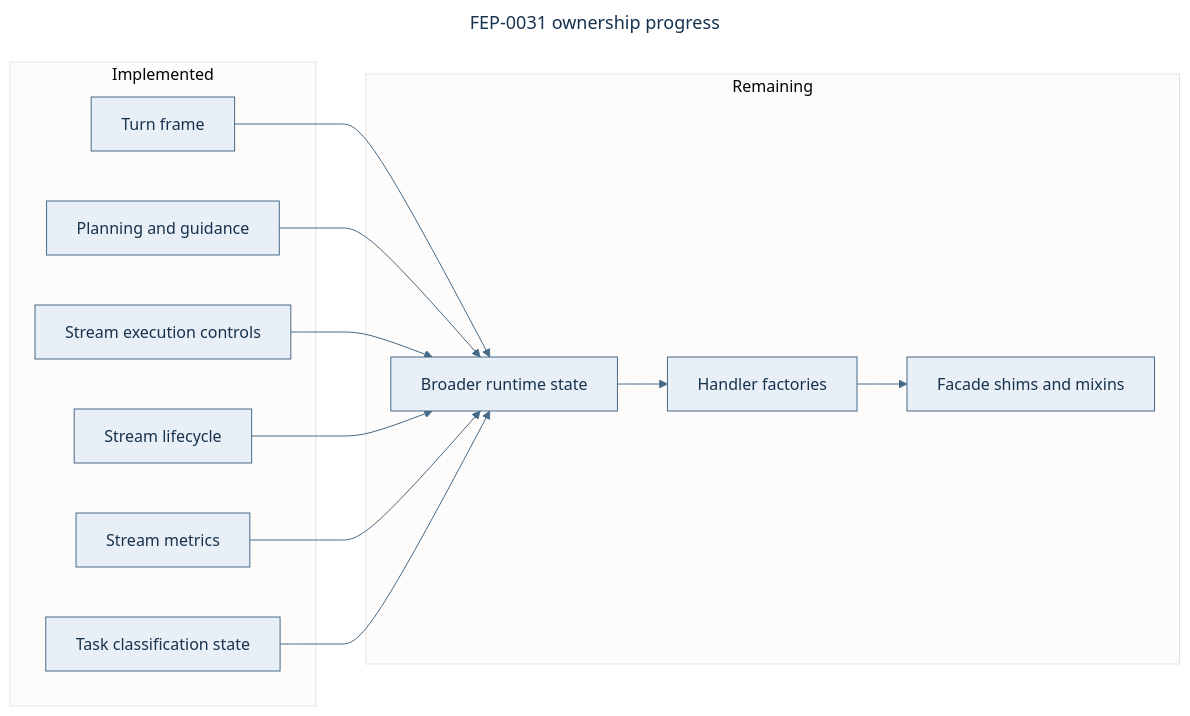
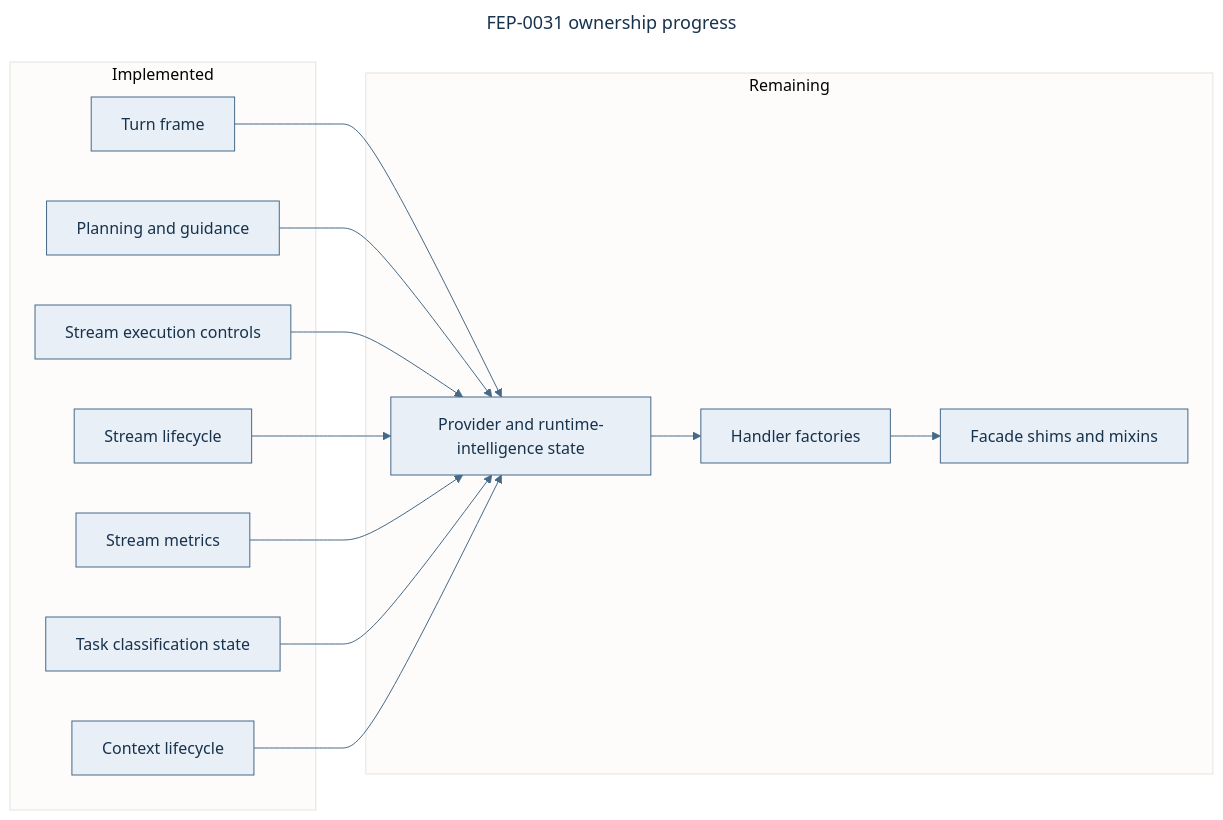
One commit to anvai-labs/victor changed the second of 2 diagrams in docs/architecture/streaming-pipeline.md. Above: the diagram before and after it, drawn with Mermaid. The commit also changed other lines of this file and 8 other files, not shown here.

Commit message:
refactor(agent): bind chat context lifecycle

````diff
--- a/docs/architecture/streaming-pipeline.md
+++ b/docs/architecture/streaming-pipeline.md
@@ -91,27 +94,29 @@
 ```mermaid
 ---
 title: FEP-0031 ownership progress
 ---
 %%{init: {"theme":"base","themeVariables":{"primaryColor":"#E8EFF7","primaryTextColor":"#17324D","primaryBorderColor":"#456987","lineColor":"#456987","fontFamily":"Arial"}}}%%
 flowchart LR
   subgraph DONE["Implemented"]
     T["Turn frame"]
     P["Planning and guidance"]
     E["Stream execution controls"]
     L["Stream lifecycle"]
     X["Stream metrics"]
     K["Task classification state"]
+    C["Context lifecycle"]
   end
   subgraph NEXT["Remaining"]
-    S["Broader runtime state"]
+    S["Provider and runtime-intelligence state"]
     F["Handler factories"]
     M["Facade shims and mixins"]
   end
   T --> S
   P --> S
   E --> S
   L --> S
   X --> S
   K --> S
+  C --> S
   S --> F --> M
 ```
````
